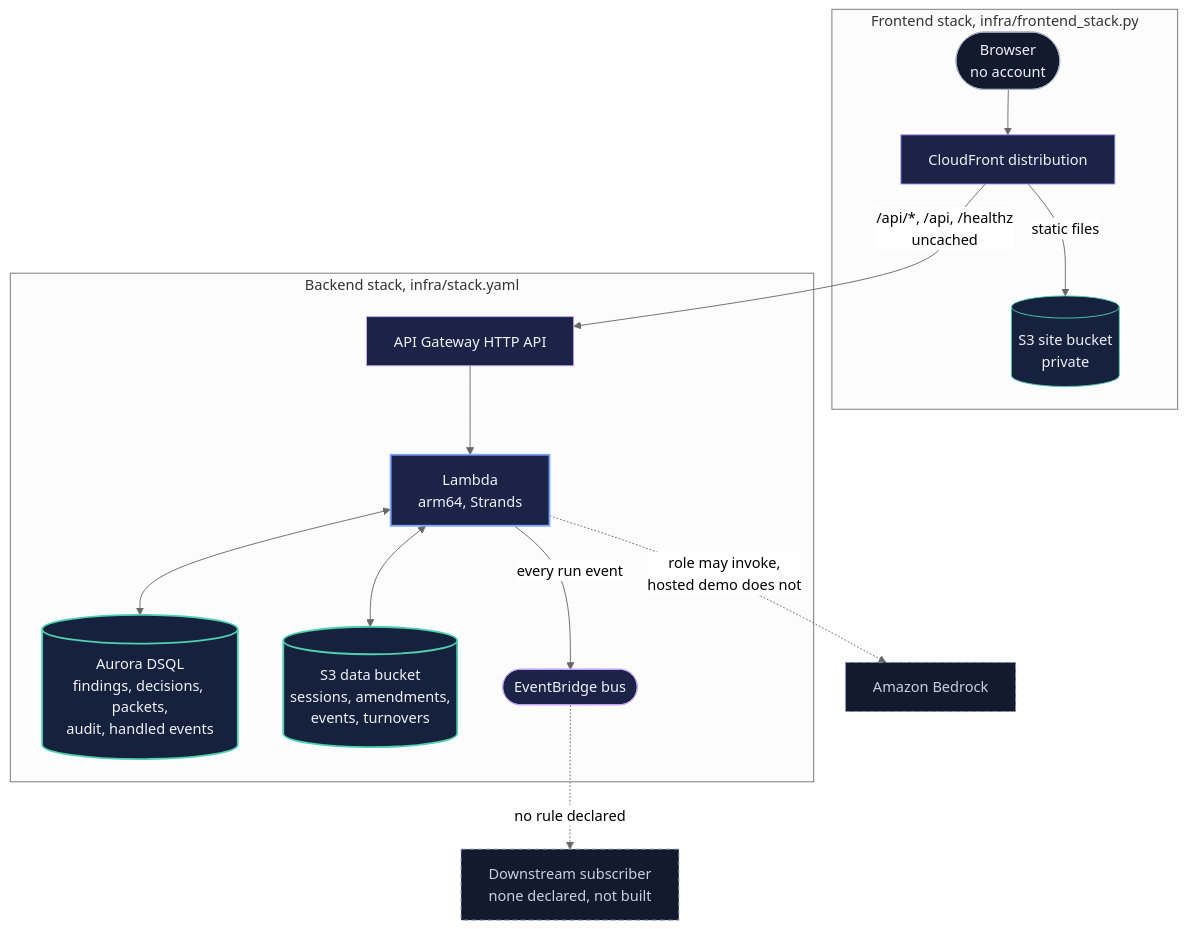
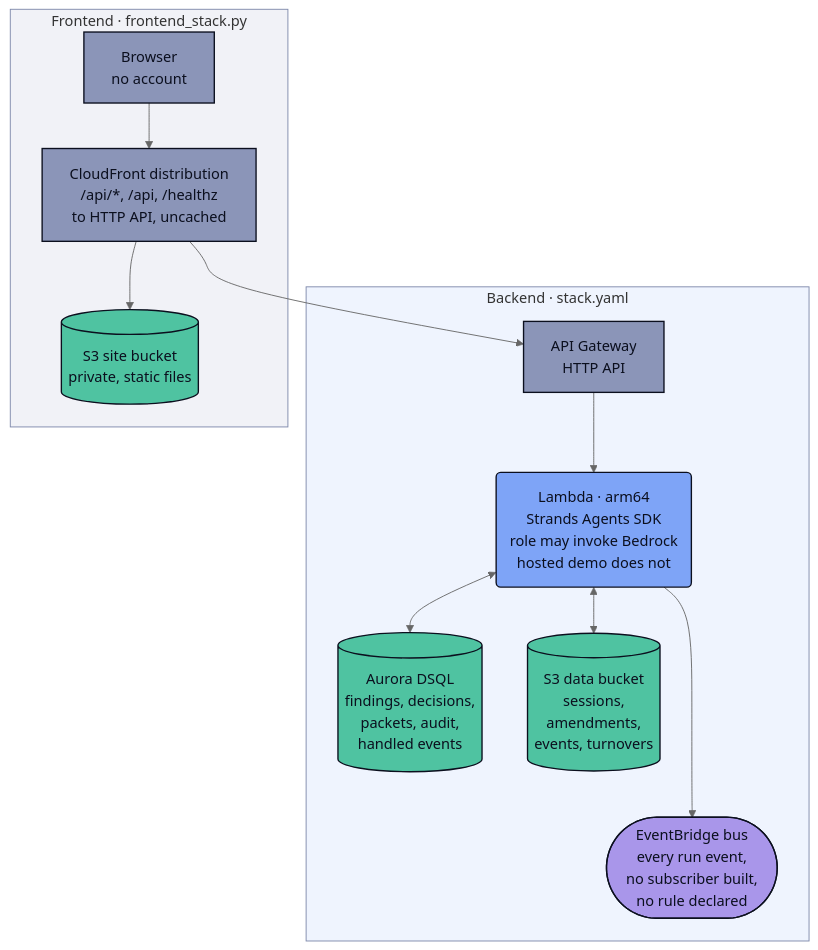
Before and after one commit to upgradedev/lasttake-aws: the second of 2 diagrams in README.md, drawn with Mermaid (neutral theme). The commit also changed other lines of this file and 6 other files, not shown here.

````diff
--- a/README.md
+++ b/README.md
@@ -304,45 +327,36 @@
 ```mermaid
 flowchart TB
-    subgraph FE["Frontend stack, infra/frontend_stack.py"]
-        V(["Browser<br/>no account"])
-        CF["CloudFront distribution"]
-        SITE[("S3 site bucket<br/>private")]
+    subgraph BE["Backend · stack.yaml"]
+        api["API Gateway<br/>HTTP API"]
+        fn("Lambda · arm64<br/>Strands Agents SDK<br/>role may invoke Bedrock<br/>hosted demo does not")
+        dsql[("Aurora DSQL<br/>findings, decisions,<br/>packets, audit,<br/>handled events")]
+        data[("S3 data bucket<br/>sessions,<br/>amendments,<br/>events, turnovers")]
+        bus(["EventBridge bus<br/>every run event,<br/>no subscriber built,<br/>no rule declared"])
     end
-    subgraph BE["Backend stack, infra/stack.yaml"]
-        API["API Gateway HTTP API"]
-        FN["Lambda<br/>arm64, Strands"]
-        DB[("Aurora DSQL<br/>findings, decisions, packets,<br/>audit, handled events")]
-        DATA[("S3 data bucket<br/>sessions, amendments,<br/>events, turnovers")]
-        EB(["EventBridge bus"])
+    subgraph FE["Frontend · frontend_stack.py"]
+        browser["Browser<br/>no account"]
+        cf["CloudFront distribution<br/>/api/*, /api, /healthz<br/>to HTTP API, uncached"]
+        site[("S3 site bucket<br/>private, static files")]
     end
-    SUB["Downstream subscriber<br/>none declared, not built"]
-    BR["Amazon Bedrock"]
-    V --> CF
-    CF -->|"static files"| SITE
-    CF -->|"/api/*, /api, /healthz<br/>uncached"| API
-    API --> FN
-    FN <--> DB
-    FN <--> DATA
-    FN -->|"every run event"| EB
-    EB -.->|"no rule declared"| SUB
-    FN -.->|"role may invoke,<br/>hosted demo does not"| BR
+    browser --> cf
+    cf --> site
+    cf --> api
+    api --> fn
+    fn <--> dsql
+    fn <--> data
+    fn ---> bus
 
-    class V actor
-    class CF edge
-    class SITE storage
-    class API integration
-    class FN compute
-    class DB,DATA store
-    class EB event
-    class SUB,BR optional
-
-%% palette: placeholder
-classDef actor fill:#141a2e,stroke:#aab2c8,color:#eef1fa
-classDef event fill:#1b2447,stroke:#c7a6ff,color:#eef1fa
-classDef store fill:#16213d,stroke:#4fd1b0,stroke-width:2px,color:#eef1fa
-classDef storage fill:#16213d,stroke:#4fd1b0,color:#eef1fa
-classDef integration fill:#1b2447,stroke:#c7a6ff,color:#eef1fa
-classDef edge fill:#1b2447,stroke:#9b8cff,color:#eef1fa
-classDef compute fill:#1b2447,stroke:#7aa2ff,stroke-width:2px,color:#eef1fa
-classDef optional fill:#141a2e,stroke:#8b96b8,stroke-dasharray:5 4,color:#c8cfe3
+    %% LastTake palette: role colour fill, navy ink pinned, so node text reads the same in GitHub light and dark
+    classDef surface fill:#8b95b8,stroke:#0b0f1e,stroke-width:1.5px,color:#0b0f1e
+    classDef agent fill:#7ea4f7,stroke:#0b0f1e,stroke-width:1.5px,color:#0b0f1e
+    classDef store fill:#4fc3a1,stroke:#0b0f1e,stroke-width:1.5px,color:#0b0f1e
+    classDef event fill:#a996ea,stroke:#0b0f1e,stroke-width:1.5px,color:#0b0f1e
+    classDef laneFront fill:#8b95b81f,stroke:#7d88aa,stroke-width:1px
+    classDef laneBack fill:#7ea4f71f,stroke:#7d88aa,stroke-width:1px
+    class browser,cf,api surface
+    class fn agent
+    class site,dsql,data store
+    class bus event
+    class FE laneFront
+    class BE laneBack
 ```
````
